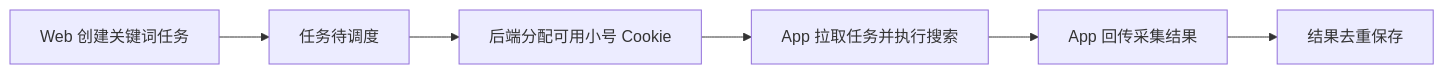
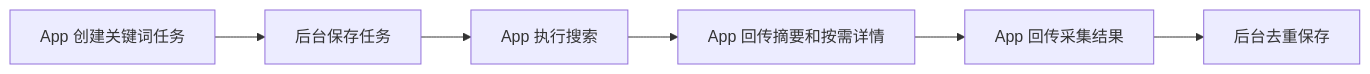
One commit to guoyanggmail/Spider_XHS changed the fourth of 5 diagrams in docs/TECHNICAL_DESIGN.md. Above: the diagram before and after it, drawn with Mermaid. The commit also changed other lines of this file and 750 other files, not shown here.

````diff
--- a/docs/TECHNICAL_DESIGN.md
+++ b/docs/TECHNICAL_DESIGN.md
@@ -193,8 +195,8 @@
 ```mermaid
 flowchart LR
-    A["Web 创建关键词任务"] --> B["任务待调度"]
-    B --> C["后端分配可用小号 Cookie"]
-    C --> D["App 拉取任务并执行搜索"]
+    A["App 创建关键词任务"] --> B["后台保存任务"]
+    B --> C["App 执行搜索"]
+    C --> D["App 回传摘要和按需详情"]
     D --> E["App 回传采集结果"]
-    E --> F["结果去重保存"]
+    E --> F["后台去重保存"]
 ```
````
